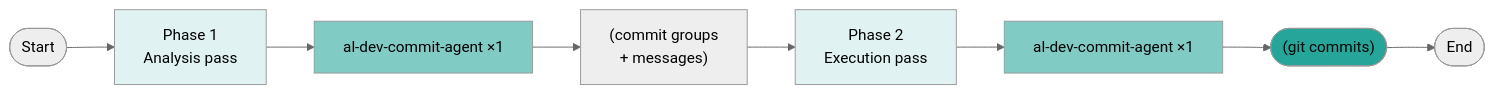
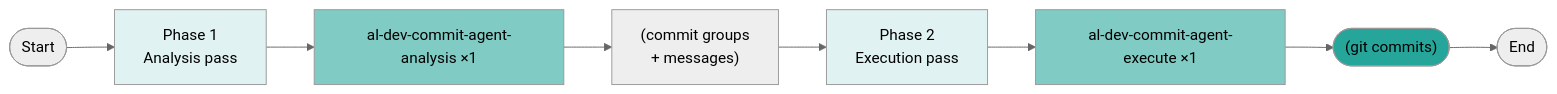
The eighth of 18 diagrams in docs/al-dev-plugin-map.md (russell-laing/al-dev-shared), drawn with Mermaid (neutral theme) before and after one commit. The commit also changed other lines of this file, not shown here.

First line of the commit message:
docs: sync plugin map — al-dev-commit split into analysis/execute agents

````diff
--- a/docs/al-dev-plugin-map.md
+++ b/docs/al-dev-plugin-map.md
@@ -235,16 +235,16 @@
 ```mermaid
 flowchart LR
     Start([Start]) --> Phase1["Phase 1<br/>Analysis pass"]
-    Phase1 --> Agent1["al-dev-commit-agent ×1"]
+    Phase1 --> Agent1["al-dev-commit-agent-analysis ×1"]
     Agent1 --> Interim["(commit groups<br/>+ messages)"]
     Interim --> Phase2["Phase 2<br/>Execution pass"]
-    Phase2 --> Agent2["al-dev-commit-agent ×1"]
+    Phase2 --> Agent2["al-dev-commit-agent-execute ×1"]
     Agent2 --> Output1(["(git commits)"])
     Output1 --> End([End])
     
     style Phase1 fill:#e0f2f1
     style Phase2 fill:#e0f2f1
     style Agent1 fill:#80cbc4
     style Agent2 fill:#80cbc4
     style Output1 fill:#26a69a
 ```
````
